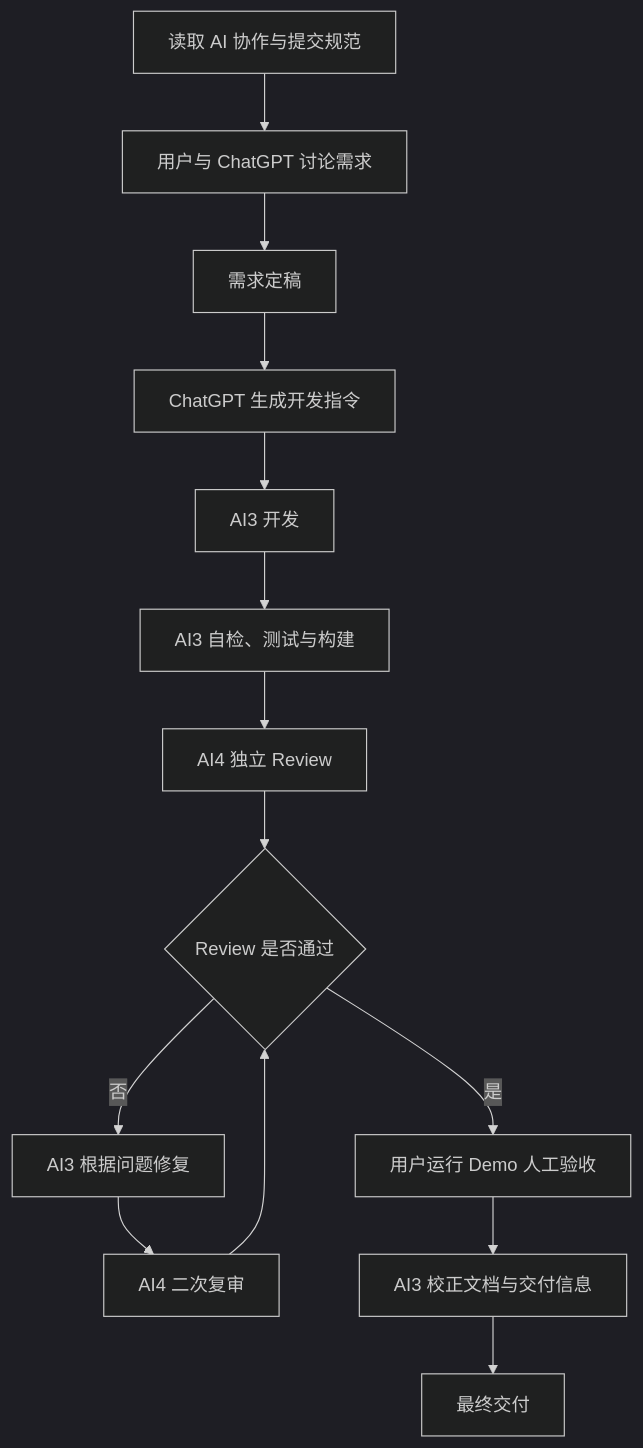
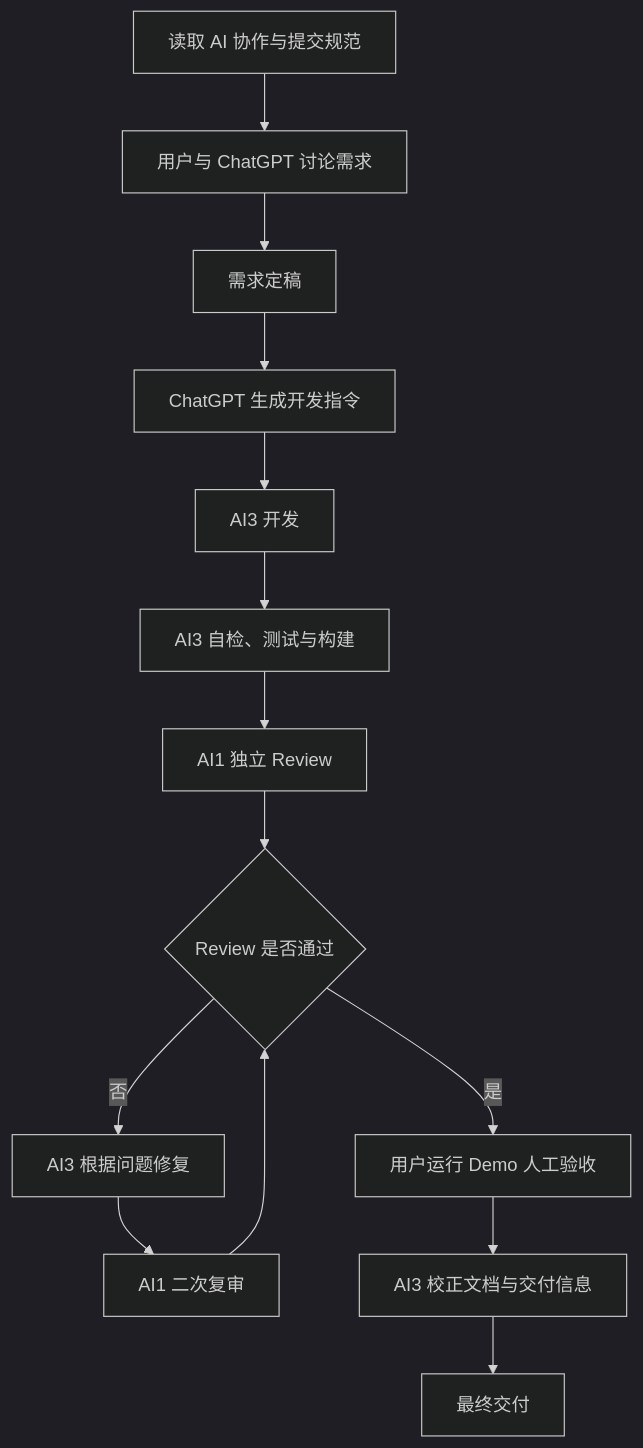
Before and after one commit to ShendayeOne/ai-nfc-demo: the diagram in docs/AI协作研发演示说明.md, drawn with Mermaid (dark theme). The commit also changed other lines of this file, not shown here.

````diff
--- a/docs/AI协作研发演示说明.md
+++ b/docs/AI协作研发演示说明.md
@@ -46,30 +46,30 @@
 ```mermaid
 flowchart TD
     A[读取 AI 协作与提交规范]
     B[用户与 ChatGPT 讨论需求]
     C[需求定稿]
     D[ChatGPT 生成开发指令]
     E[AI3 开发]
     F[AI3 自检、测试与构建]
-    G[AI4 独立 Review]
+    G[AI1 独立 Review]
     H{Review 是否通过}
     I[AI3 根据问题修复]
-    J[AI4 二次复审]
+    J[AI1 二次复审]
     K[用户运行 Demo 人工验收]
     L[AI3 校正文档与交付信息]
     M[最终交付]
 
     A --> B
     B --> C
     C --> D
     D --> E
     E --> F
     F --> G
     G --> H
     H -- 否 --> I
     I --> J
     J --> H
     H -- 是 --> K
     K --> L
     L --> M
 ```
````
